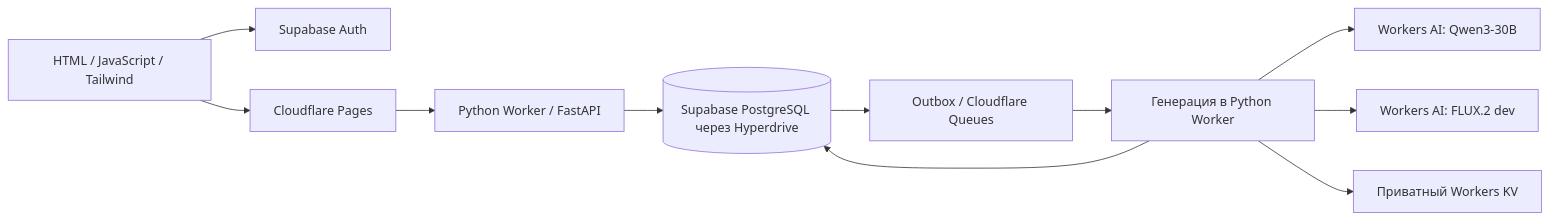
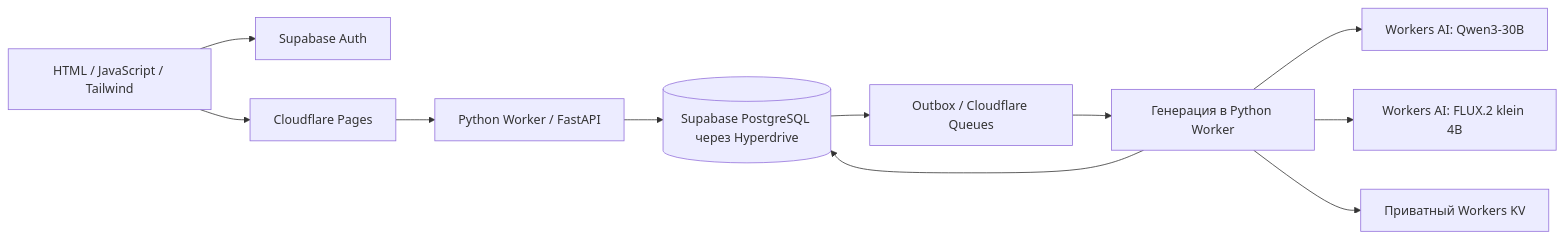
Before and after one commit to batyrkekw/SANA: the diagram in README.md, drawn with Mermaid. The commit also changed other lines of this file and 19 other files, not shown here.

````diff
--- a/README.md
+++ b/README.md
@@ -7,13 +7,13 @@
 ```mermaid
 flowchart LR
   Browser[HTML / JavaScript / Tailwind] --> Auth[Supabase Auth]
   Browser --> Pages[Cloudflare Pages]
   Pages --> API[Python Worker / FastAPI]
   API --> DB[(Supabase PostgreSQL через Hyperdrive)]
   DB --> Queue[Outbox / Cloudflare Queues]
   Queue --> Worker[Генерация в Python Worker]
   Worker --> LLM[Workers AI: Qwen3-30B]
-  Worker --> Images[Workers AI: FLUX.2 dev]
+  Worker --> Images[Workers AI: FLUX.2 klein 4B]
   Worker --> DB
   Worker --> Files[Приватный Workers KV]
 ```
````
